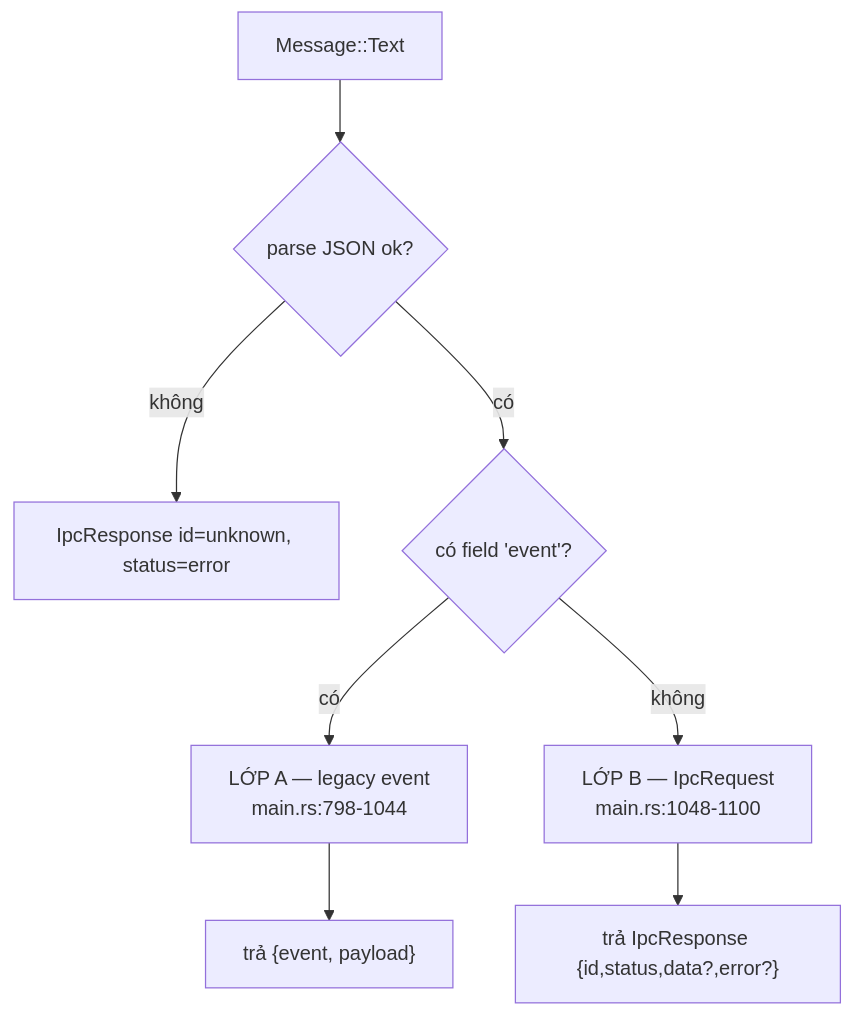
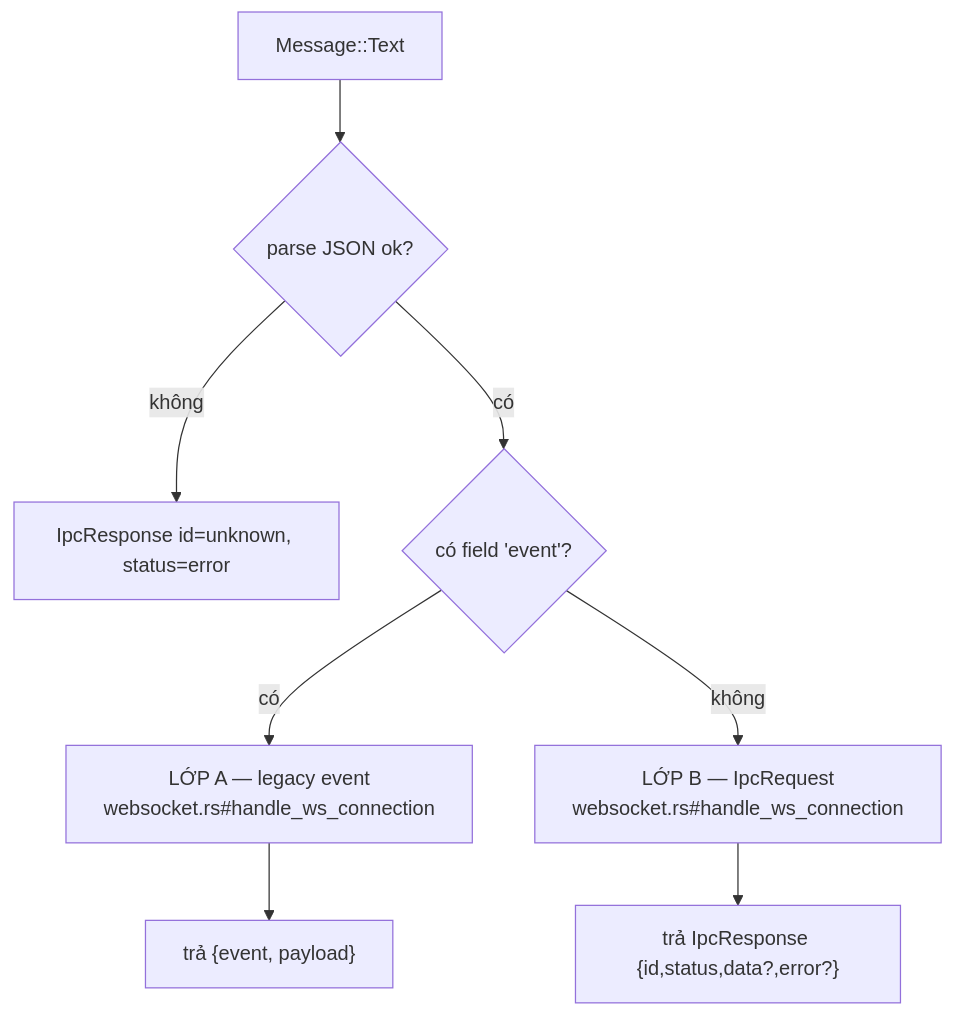
One commit to DuongNAD/LIVA changed the fourth of 5 diagrams in docs/01-ban-ve/02-giao-thuc-ipc-va-websocket.md. Above: the diagram before and after it, drawn with Mermaid. The commit also changed other lines of this file and 27 other files, not shown here.

````diff
--- a/docs/01-ban-ve/02-giao-thuc-ipc-va-websocket.md
+++ b/docs/01-ban-ve/02-giao-thuc-ipc-va-websocket.md
@@ -501,10 +560,10 @@
 ```mermaid
 flowchart TD
     T["Message::Text"] --> J{"parse JSON ok?"}
     J -->|không| E1["IpcResponse id=unknown, status=error"]
     J -->|có| EV{"có field 'event'?"}
-    EV -->|có| A["LỚP A — legacy event<br/>main.rs:798-1044"]
-    EV -->|không| B["LỚP B — IpcRequest<br/>main.rs:1048-1100"]
+    EV -->|có| A["LỚP A — legacy event<br/>websocket.rs#handle_ws_connection"]
+    EV -->|không| B["LỚP B — IpcRequest<br/>websocket.rs#handle_ws_connection"]
     A --> AR["trả {event, payload}"]
     B --> BR["trả IpcResponse {id,status,data?,error?}"]
 ```
````
